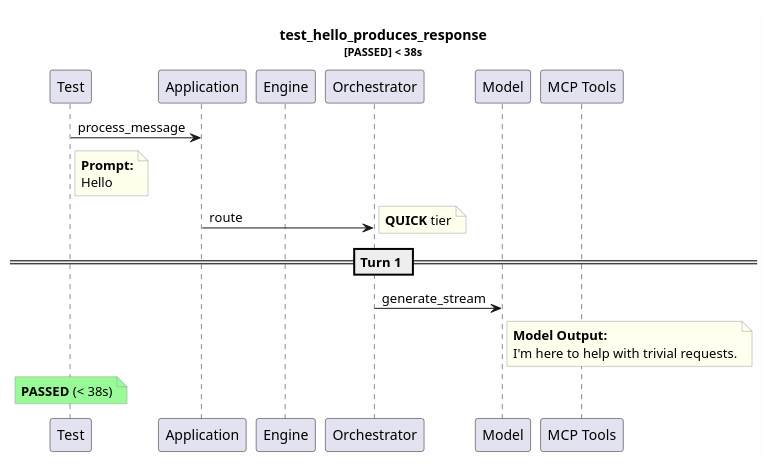
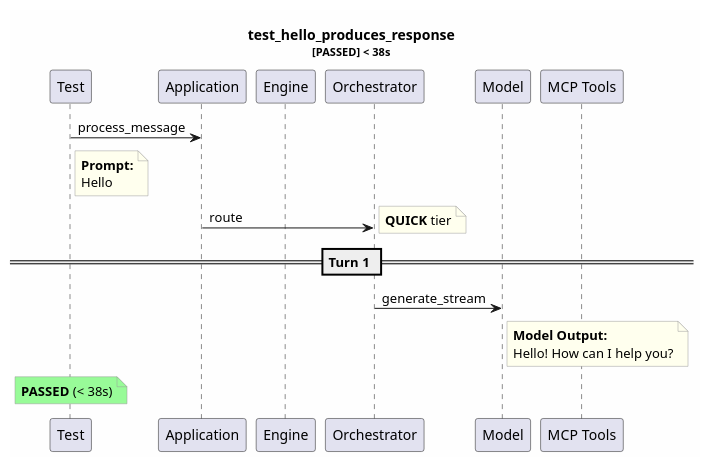
One commit to tvanfossen/entropic changed the diagram in test-reports/logs/test_hello_produces_response/test_hello_produces_response.puml. Above: the diagram before and after it, drawn with PlantUML. The commit also changed 11 other files, not shown here.

```diff
--- a/test-reports/logs/test_hello_produces_response/test_hello_produces_response.puml
+++ b/test-reports/logs/test_hello_produces_response/test_hello_produces_response.puml
@@ -1,31 +1,31 @@
 @startuml
 skinparam backgroundColor #FEFEFE
 skinparam noteBorderColor #999999
 skinparam noteBackgroundColor #FFFFEE
 title test_hello_produces_response\n<size:11>[PASSED] < 38s</size>
 
 participant "Test" as T
 participant "Application" as App
 participant "Engine" as Eng
 participant "Orchestrator" as Orch
 participant "Model" as Mdl
 participant "MCP Tools" as MCP
 
 T -> App: process_message
 note right of T
   **Prompt:**
   Hello
 end note
 App -> Orch: route
 note right: **QUICK** tier
 == Turn 1 ==
 Orch -> Mdl: generate_stream
 note right of Mdl
   **Model Output:**
-  I'm here to help with trivial requests.
+  Hello! How can I help you?
 end note
 note over T #palegreen
   **PASSED** (< 38s)
 end note
 
 @enduml
```
